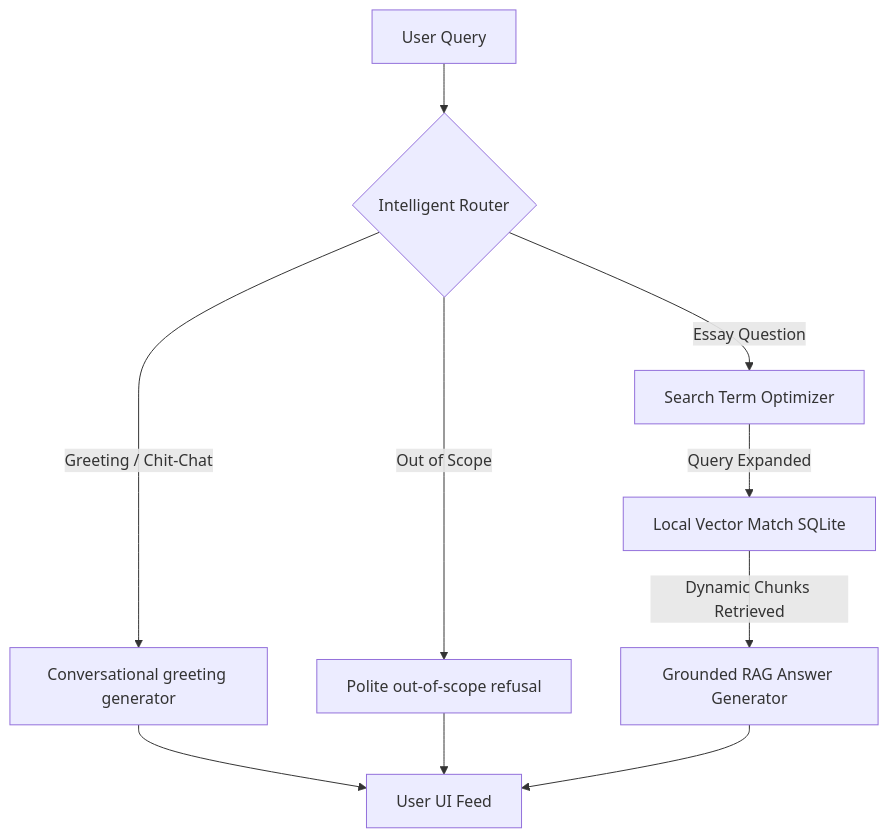
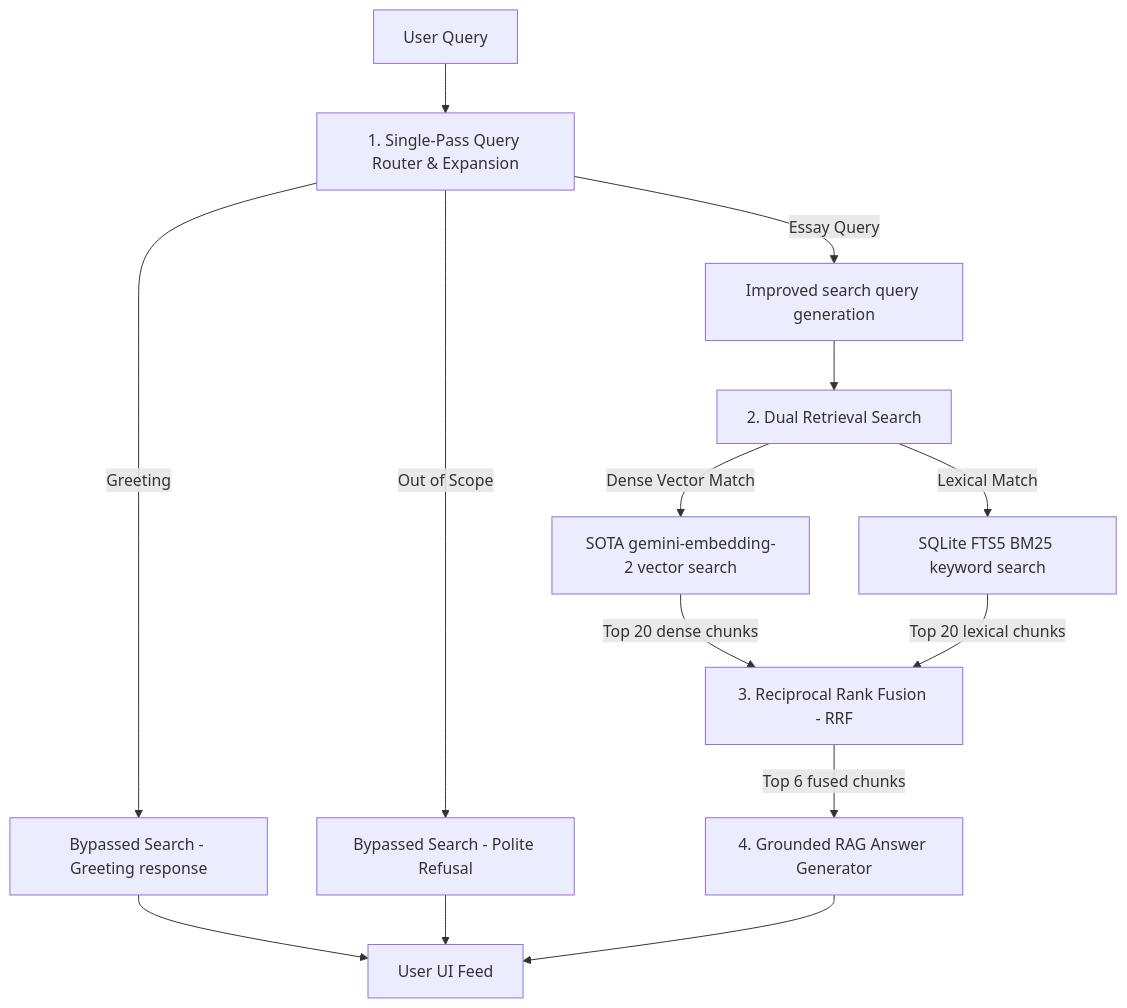
Before and after one commit to 0xdevrel/Paul-Graham-Essay-Oracle: the diagram in README.md, drawn with Mermaid. The commit also changed other lines of this file and 6 other files, not shown here.

````diff
--- a/README.md
+++ b/README.md
@@ -15,15 +17,22 @@
 ```mermaid
 graph TD
-    A[User Query] --> B{Intelligent Router}
+    A[User Query] --> B[1. Single-Pass Query Router & Expansion]
     
-    B -->|Greeting / Chit-Chat| C[Conversational greeting generator]
-    B -->|Out of Scope| D[Polite out-of-scope refusal]
-    B -->|Essay Question| E[Search Term Optimizer]
+    B -->|Greeting| C[Bypassed Search - Greeting response]
+    B -->|Out of Scope| D[Bypassed Search - Polite Refusal]
+    B -->|Essay Query| E[Improved search query generation]
     
     C --> F[User UI Feed]
     D --> F
     
-    E -->|Query Expanded| G[Local Vector Match SQLite]
-    G -->|Dynamic Chunks Retrieved| H[Grounded RAG Answer Generator]
-    H --> F
+    E --> G[2. Dual Retrieval Search]
+    
+    G -->|Dense Vector Match| H[SOTA gemini-embedding-2 vector search]
+    G -->|Lexical Match| I[SQLite FTS5 BM25 keyword search]
+    
+    H -->|Top 20 dense chunks| J[3. Reciprocal Rank Fusion - RRF]
+    I -->|Top 20 lexical chunks| J
+    
+    J -->|Top 6 fused chunks| K[4. Grounded RAG Answer Generator]
+    K --> F
 ```
````
